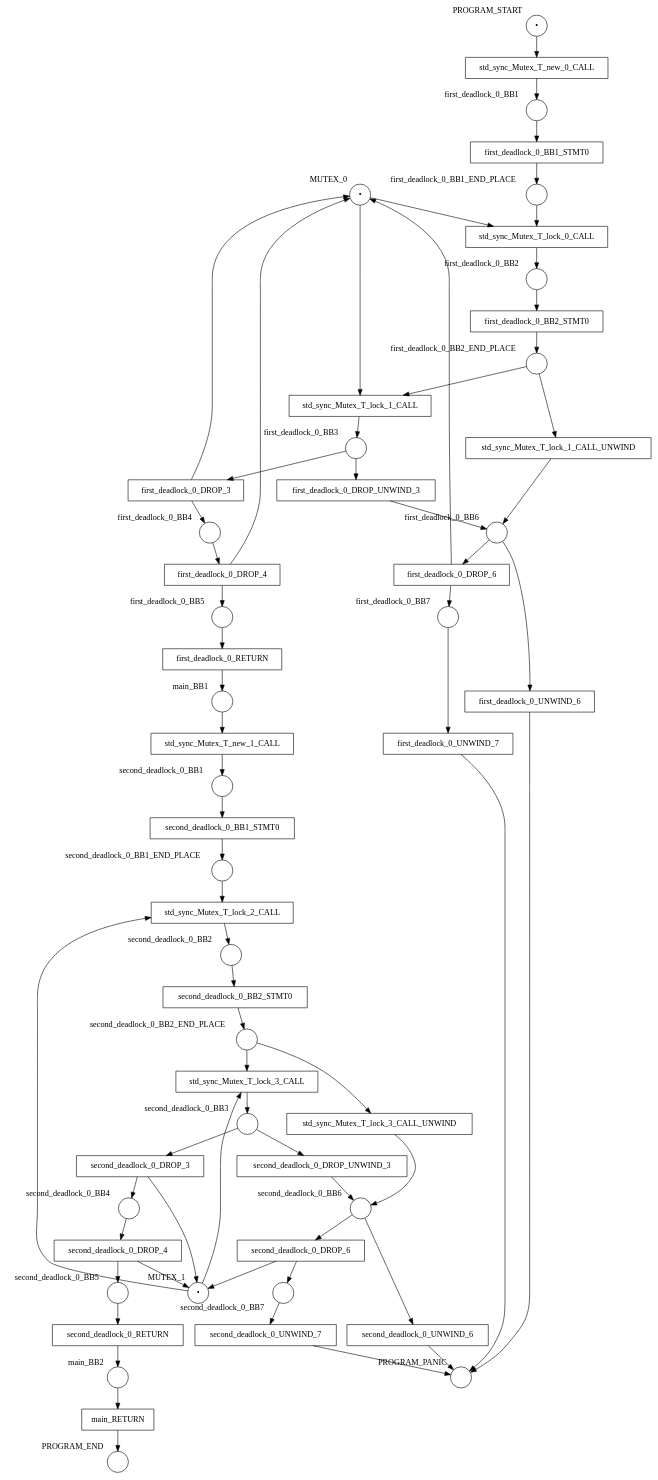
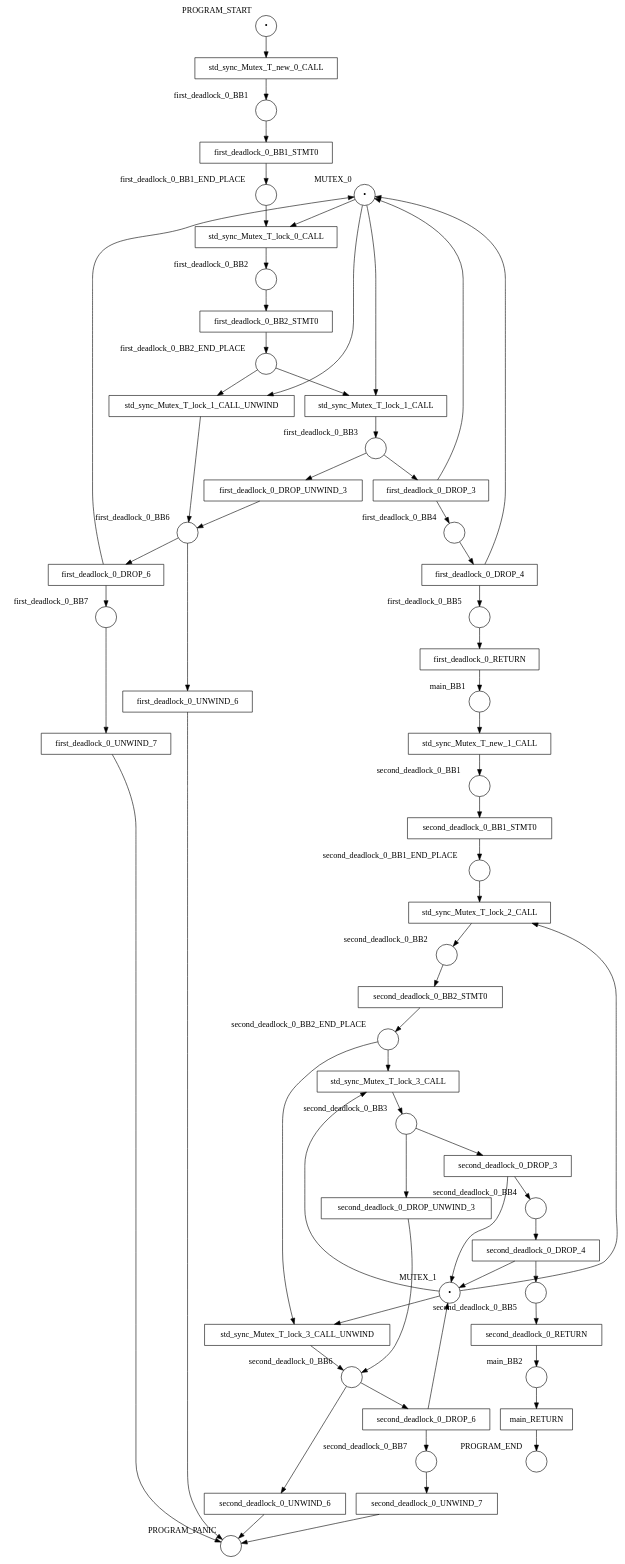
Before and after one commit to hlisdero/cargo-check-deadlock: the diagram in examples/results/mutex/double_lock_deadlock_in_function/net.dot, drawn with Graphviz. The commit also changed 20 other files, not shown here.

First line of the commit message:
Fix bug: Connect the mutex to the cleanup transition of the `lock` function

```diff
--- a/examples/results/mutex/double_lock_deadlock_in_function/net.dot
+++ b/examples/results/mutex/double_lock_deadlock_in_function/net.dot
@@ -1,118 +1,120 @@
 digraph petrinet {
     MUTEX_0 [shape="circle" xlabel="MUTEX_0" label="•"];
     MUTEX_1 [shape="circle" xlabel="MUTEX_1" label="•"];
     PROGRAM_END [shape="circle" xlabel="PROGRAM_END" label=""];
     PROGRAM_PANIC [shape="circle" xlabel="PROGRAM_PANIC" label=""];
     PROGRAM_START [shape="circle" xlabel="PROGRAM_START" label="•"];
     first_deadlock_0_BB1 [shape="circle" xlabel="first_deadlock_0_BB1" label=""];
     first_deadlock_0_BB1_END_PLACE [shape="circle" xlabel="first_deadlock_0_BB1_END_PLACE" label=""];
     first_deadlock_0_BB2 [shape="circle" xlabel="first_deadlock_0_BB2" label=""];
     first_deadlock_0_BB2_END_PLACE [shape="circle" xlabel="first_deadlock_0_BB2_END_PLACE" label=""];
     first_deadlock_0_BB3 [shape="circle" xlabel="first_deadlock_0_BB3" label=""];
     first_deadlock_0_BB4 [shape="circle" xlabel="first_deadlock_0_BB4" label=""];
     first_deadlock_0_BB5 [shape="circle" xlabel="first_deadlock_0_BB5" label=""];
     first_deadlock_0_BB6 [shape="circle" xlabel="first_deadlock_0_BB6" label=""];
     first_deadlock_0_BB7 [shape="circle" xlabel="first_deadlock_0_BB7" label=""];
     main_BB1 [shape="circle" xlabel="main_BB1" label=""];
     main_BB2 [shape="circle" xlabel="main_BB2" label=""];
     second_deadlock_0_BB1 [shape="circle" xlabel="second_deadlock_0_BB1" label=""];
     second_deadlock_0_BB1_END_PLACE [shape="circle" xlabel="second_deadlock_0_BB1_END_PLACE" label=""];
     second_deadlock_0_BB2 [shape="circle" xlabel="second_deadlock_0_BB2" label=""];
     second_deadlock_0_BB2_END_PLACE [shape="circle" xlabel="second_deadlock_0_BB2_END_PLACE" label=""];
     second_deadlock_0_BB3 [shape="circle" xlabel="second_deadlock_0_BB3" label=""];
     second_deadlock_0_BB4 [shape="circle" xlabel="second_deadlock_0_BB4" label=""];
     second_deadlock_0_BB5 [shape="circle" xlabel="second_deadlock_0_BB5" label=""];
     second_deadlock_0_BB6 [shape="circle" xlabel="second_deadlock_0_BB6" label=""];
     second_deadlock_0_BB7 [shape="circle" xlabel="second_deadlock_0_BB7" label=""];
     first_deadlock_0_BB1_STMT0 [shape="box" xlabel="" label="first_deadlock_0_BB1_STMT0"];
     first_deadlock_0_BB2_STMT0 [shape="box" xlabel="" label="first_deadlock_0_BB2_STMT0"];
     first_deadlock_0_DROP_3 [shape="box" xlabel="" label="first_deadlock_0_DROP_3"];
     first_deadlock_0_DROP_4 [shape="box" xlabel="" label="first_deadlock_0_DROP_4"];
     first_deadlock_0_DROP_6 [shape="box" xlabel="" label="first_deadlock_0_DROP_6"];
     first_deadlock_0_DROP_UNWIND_3 [shape="box" xlabel="" label="first_deadlock_0_DROP_UNWIND_3"];
     first_deadlock_0_RETURN [shape="box" xlabel="" label="first_deadlock_0_RETURN"];
     first_deadlock_0_UNWIND_6 [shape="box" xlabel="" label="first_deadlock_0_UNWIND_6"];
     first_deadlock_0_UNWIND_7 [shape="box" xlabel="" label="first_deadlock_0_UNWIND_7"];
     main_RETURN [shape="box" xlabel="" label="main_RETURN"];
     second_deadlock_0_BB1_STMT0 [shape="box" xlabel="" label="second_deadlock_0_BB1_STMT0"];
     second_deadlock_0_BB2_STMT0 [shape="box" xlabel="" label="second_deadlock_0_BB2_STMT0"];
     second_deadlock_0_DROP_3 [shape="box" xlabel="" label="second_deadlock_0_DROP_3"];
     second_deadlock_0_DROP_4 [shape="box" xlabel="" label="second_deadlock_0_DROP_4"];
     second_deadlock_0_DROP_6 [shape="box" xlabel="" label="second_deadlock_0_DROP_6"];
     second_deadlock_0_DROP_UNWIND_3 [shape="box" xlabel="" label="second_deadlock_0_DROP_UNWIND_3"];
     second_deadlock_0_RETURN [shape="box" xlabel="" label="second_deadlock_0_RETURN"];
     second_deadlock_0_UNWIND_6 [shape="box" xlabel="" label="second_deadlock_0_UNWIND_6"];
     second_deadlock_0_UNWIND_7 [shape="box" xlabel="" label="second_deadlock_0_UNWIND_7"];
     std_sync_Mutex_T_lock_0_CALL [shape="box" xlabel="" label="std_sync_Mutex_T_lock_0_CALL"];
     std_sync_Mutex_T_lock_1_CALL [shape="box" xlabel="" label="std_sync_Mutex_T_lock_1_CALL"];
     std_sync_Mutex_T_lock_1_CALL_UNWIND [shape="box" xlabel="" label="std_sync_Mutex_T_lock_1_CALL_UNWIND"];
     std_sync_Mutex_T_lock_2_CALL [shape="box" xlabel="" label="std_sync_Mutex_T_lock_2_CALL"];
     std_sync_Mutex_T_lock_3_CALL [shape="box" xlabel="" label="std_sync_Mutex_T_lock_3_CALL"];
     std_sync_Mutex_T_lock_3_CALL_UNWIND [shape="box" xlabel="" label="std_sync_Mutex_T_lock_3_CALL_UNWIND"];
     std_sync_Mutex_T_new_0_CALL [shape="box" xlabel="" label="std_sync_Mutex_T_new_0_CALL"];
     std_sync_Mutex_T_new_1_CALL [shape="box" xlabel="" label="std_sync_Mutex_T_new_1_CALL"];
     MUTEX_0 -> std_sync_Mutex_T_lock_0_CALL;
     MUTEX_0 -> std_sync_Mutex_T_lock_1_CALL;
+    MUTEX_0 -> std_sync_Mutex_T_lock_1_CALL_UNWIND;
     MUTEX_1 -> std_sync_Mutex_T_lock_2_CALL;
     MUTEX_1 -> std_sync_Mutex_T_lock_3_CALL;
+    MUTEX_1 -> std_sync_Mutex_T_lock_3_CALL_UNWIND;
     PROGRAM_START -> std_sync_Mutex_T_new_0_CALL;
     first_deadlock_0_BB1 -> first_deadlock_0_BB1_STMT0;
     first_deadlock_0_BB1_END_PLACE -> std_sync_Mutex_T_lock_0_CALL;
     first_deadlock_0_BB2 -> first_deadlock_0_BB2_STMT0;
     first_deadlock_0_BB2_END_PLACE -> std_sync_Mutex_T_lock_1_CALL;
     first_deadlock_0_BB2_END_PLACE -> std_sync_Mutex_T_lock_1_CALL_UNWIND;
     first_deadlock_0_BB3 -> first_deadlock_0_DROP_3;
     first_deadlock_0_BB3 -> first_deadlock_0_DROP_UNWIND_3;
     first_deadlock_0_BB4 -> first_deadlock_0_DROP_4;
     first_deadlock_0_BB5 -> first_deadlock_0_RETURN;
     first_deadlock_0_BB6 -> first_deadlock_0_DROP_6;
     first_deadlock_0_BB6 -> first_deadlock_0_UNWIND_6;
     first_deadlock_0_BB7 -> first_deadlock_0_UNWIND_7;
     main_BB1 -> std_sync_Mutex_T_new_1_CALL;
     main_BB2 -> main_RETURN;
     second_deadlock_0_BB1 -> second_deadlock_0_BB1_STMT0;
     second_deadlock_0_BB1_END_PLACE -> std_sync_Mutex_T_lock_2_CALL;
     second_deadlock_0_BB2 -> second_deadlock_0_BB2_STMT0;
     second_deadlock_0_BB2_END_PLACE -> std_sync_Mutex_T_lock_3_CALL;
     second_deadlock_0_BB2_END_PLACE -> std_sync_Mutex_T_lock_3_CALL_UNWIND;
     second_deadlock_0_BB3 -> second_deadlock_0_DROP_3;
     second_deadlock_0_BB3 -> second_deadlock_0_DROP_UNWIND_3;
     second_deadlock_0_BB4 -> second_deadlock_0_DROP_4;
     second_deadlock_0_BB5 -> second_deadlock_0_RETURN;
     second_deadlock_0_BB6 -> second_deadlock_0_DROP_6;
     second_deadlock_0_BB6 -> second_deadlock_0_UNWIND_6;
     second_deadlock_0_BB7 -> second_deadlock_0_UNWIND_7;
     first_deadlock_0_BB1_STMT0 -> first_deadlock_0_BB1_END_PLACE;
     first_deadlock_0_BB2_STMT0 -> first_deadlock_0_BB2_END_PLACE;
     first_deadlock_0_DROP_3 -> MUTEX_0;
     first_deadlock_0_DROP_3 -> first_deadlock_0_BB4;
     first_deadlock_0_DROP_4 -> MUTEX_0;
     first_deadlock_0_DROP_4 -> first_deadlock_0_BB5;
     first_deadlock_0_DROP_6 -> MUTEX_0;
     first_deadlock_0_DROP_6 -> first_deadlock_0_BB7;
     first_deadlock_0_DROP_UNWIND_3 -> first_deadlock_0_BB6;
     first_deadlock_0_RETURN -> main_BB1;
     first_deadlock_0_UNWIND_6 -> PROGRAM_PANIC;
     first_deadlock_0_UNWIND_7 -> PROGRAM_PANIC;
     main_RETURN -> PROGRAM_END;
     second_deadlock_0_BB1_STMT0 -> second_deadlock_0_BB1_END_PLACE;
     second_deadlock_0_BB2_STMT0 -> second_deadlock_0_BB2_END_PLACE;
     second_deadlock_0_DROP_3 -> MUTEX_1;
     second_deadlock_0_DROP_3 -> second_deadlock_0_BB4;
     second_deadlock_0_DROP_4 -> MUTEX_1;
     second_deadlock_0_DROP_4 -> second_deadlock_0_BB5;
     second_deadlock_0_DROP_6 -> MUTEX_1;
     second_deadlock_0_DROP_6 -> second_deadlock_0_BB7;
     second_deadlock_0_DROP_UNWIND_3 -> second_deadlock_0_BB6;
     second_deadlock_0_RETURN -> main_BB2;
     second_deadlock_0_UNWIND_6 -> PROGRAM_PANIC;
     second_deadlock_0_UNWIND_7 -> PROGRAM_PANIC;
     std_sync_Mutex_T_lock_0_CALL -> first_deadlock_0_BB2;
     std_sync_Mutex_T_lock_1_CALL -> first_deadlock_0_BB3;
     std_sync_Mutex_T_lock_1_CALL_UNWIND -> first_deadlock_0_BB6;
     std_sync_Mutex_T_lock_2_CALL -> second_deadlock_0_BB2;
     std_sync_Mutex_T_lock_3_CALL -> second_deadlock_0_BB3;
     std_sync_Mutex_T_lock_3_CALL_UNWIND -> second_deadlock_0_BB6;
     std_sync_Mutex_T_new_0_CALL -> first_deadlock_0_BB1;
     std_sync_Mutex_T_new_1_CALL -> second_deadlock_0_BB1;
 }
```
